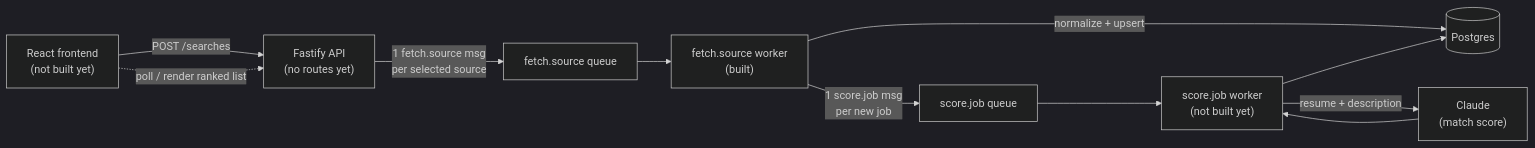
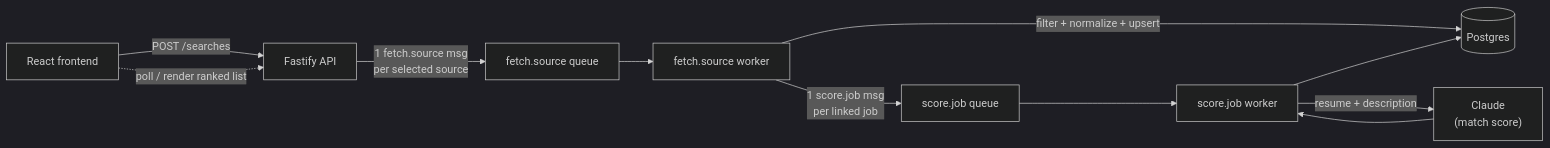
One commit to griesmnr/ai-assisted-job-search changed the diagram in README.md. Above: the diagram before and after it, drawn with Mermaid (dark theme). The commit also changed other lines of this file, not shown here.

````diff
--- a/README.md
+++ b/README.md
@@ -74,13 +77,13 @@
 ```mermaid
 flowchart LR
-    UI["React frontend\n(not built yet)"] -->|"POST /searches"| API["Fastify API\n(no routes yet)"]
+    UI["React frontend"] -->|"POST /searches"| API["Fastify API"]
     API -->|"1 fetch.source msg\nper selected source"| FQ["fetch.source queue"]
-    FQ --> FW["fetch.source worker\n(built)"]
-    FW -->|normalize + upsert| DB[(Postgres)]
-    FW -->|"1 score.job msg\nper new job"| SQ["score.job queue"]
-    SQ --> SW["score.job worker\n(not built yet)"]
+    FQ --> FW["fetch.source worker"]
+    FW -->|filter + normalize + upsert| DB[(Postgres)]
+    FW -->|"1 score.job msg\nper linked job"| SQ["score.job queue"]
+    SQ --> SW["score.job worker"]
     SW -->|resume + description| Claude["Claude\n(match score)"]
     Claude --> SW
     SW --> DB
     UI -.->|poll / render ranked list| API
 ```
````
